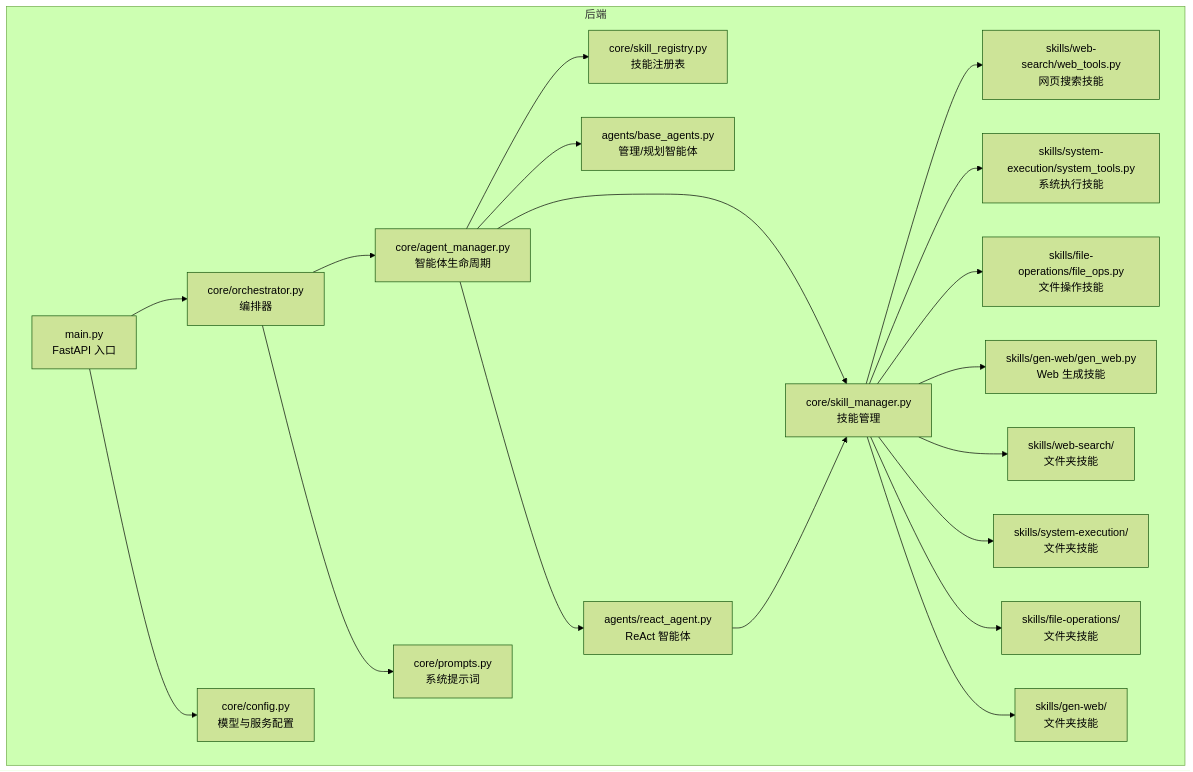
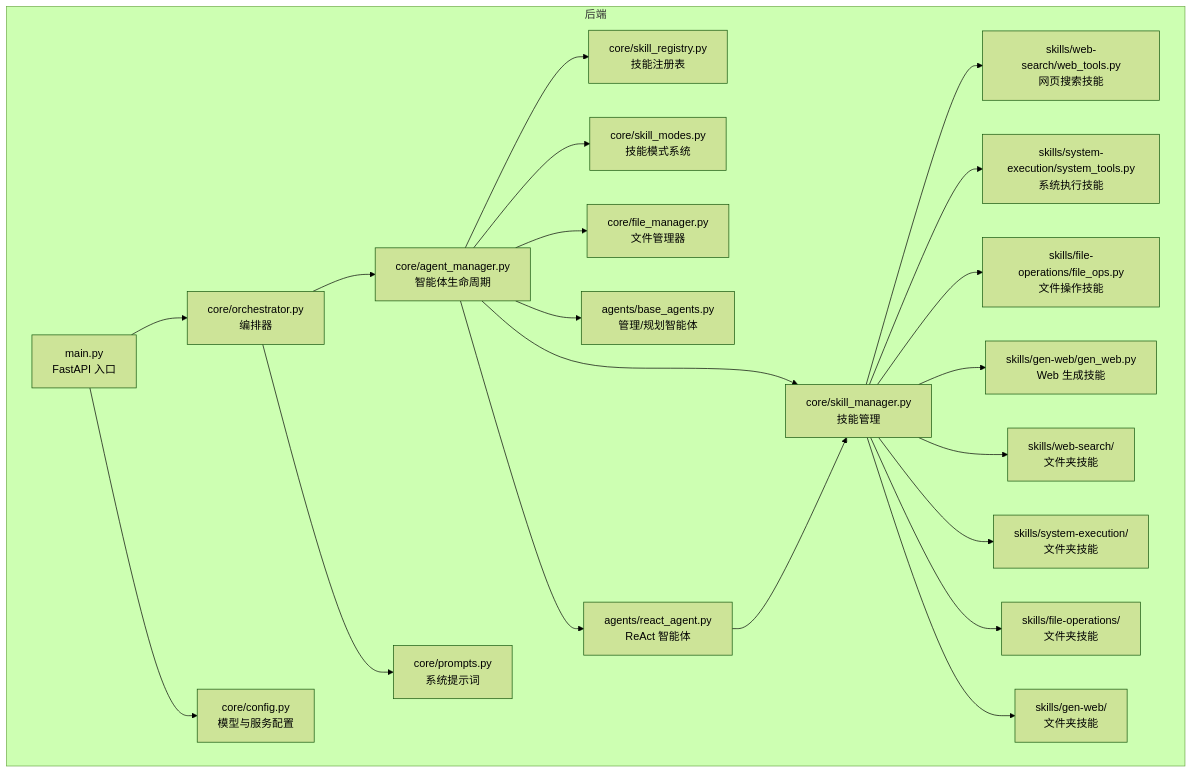
The first of 14 diagrams in .qoder/repowiki/zh/content/技能管理系统/技能管理系统.md (zhangdahai112/LocalManus), drawn with Mermaid (forest theme) before and after one commit. The commit also changed other lines of this file and 19 other files, not shown here.

````diff
--- a/.qoder/repowiki/zh/content/技能管理系统/技能管理系统.md
+++ b/.qoder/repowiki/zh/content/技能管理系统/技能管理系统.md
@@ -61,39 +66,43 @@
 ```mermaid
 graph TB
 subgraph "后端"
 M["main.py<br/>FastAPI 入口"]
 O["core/orchestrator.py<br/>编排器"]
 AM["core/agent_manager.py<br/>智能体生命周期"]
 SM["core/skill_manager.py<br/>技能管理"]
 SR["core/skill_registry.py<br/>技能注册表"]
+SD["core/skill_modes.py<br/>技能模式系统"]
+FM["core/file_manager.py<br/>文件管理器"]
 BA["agents/base_agents.py<br/>管理/规划智能体"]
 RA["agents/react_agent.py<br/>ReAct 智能体"]
 WT["skills/web-search/web_tools.py<br/>网页搜索技能"]
 ST["skills/system-execution/system_tools.py<br/>系统执行技能"]
 FOPS["skills/file-operations/file_ops.py<br/>文件操作技能"]
 GW["skills/gen-web/gen_web.py<br/>Web 生成技能"]
 WS["skills/web-search/<br/>文件夹技能"]
 SES["skills/system-execution/<br/>文件夹技能"]
 FOS["skills/file-operations/<br/>文件夹技能"]
 GFS["skills/gen-web/<br/>文件夹技能"]
 CFG["core/config.py<br/>模型与服务配置"]
 PROM["core/prompts.py<br/>系统提示词"]
 end
 M --> O
 O --> AM
 AM --> SM
 AM --> SR
+AM --> SD
+AM --> FM
 AM --> BA
 AM --> RA
 RA --> SM
 SM --> WT
 SM --> ST
 SM --> FOPS
 SM --> GW
 SM --> WS
 SM --> SES
 SM --> FOS
 SM --> GFS
 O --> PROM
 M --> CFG
 ```
````
